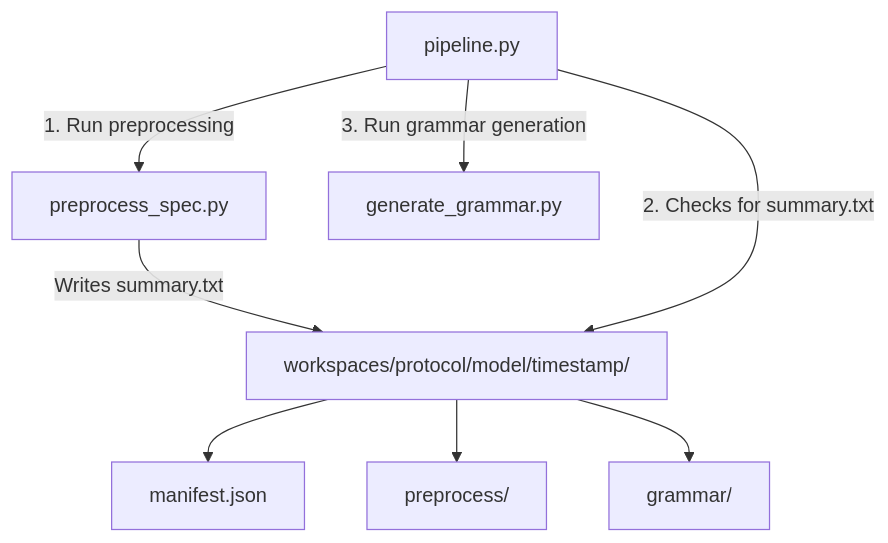
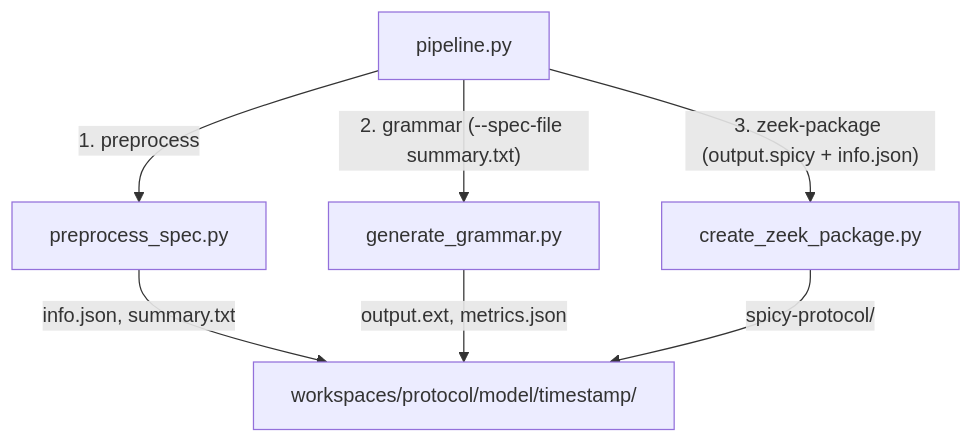
Before and after one commit to bautipeirone/SpicyGen: the diagram in docs/pipeline.md, drawn with Mermaid. The commit also changed other lines of this file and 8 other files, not shown here.

````diff
--- a/docs/pipeline.md
+++ b/docs/pipeline.md
@@ -126,11 +16,10 @@
 ```mermaid
 graph TD
-    P["pipeline.py"] -->|"1. Run preprocessing"| PS["preprocess_spec.py"]
-    PS -->|"Writes summary.txt"| WS
-    P -->|"2. Checks for summary.txt"| WS
-    P -->|"3. Run grammar generation"| GG["generate_grammar.py"]
+    P["pipeline.py"] -->|"1. preprocess"| PS["preprocess_spec.py"]
+    PS -->|"info.json, summary.txt"| WS
+    P -->|"2. grammar (--spec-file summary.txt)"| GG["generate_grammar.py"]
+    GG -->|"output.ext, metrics.json"| WS
+    P -->|"3. zeek-package (output.spicy + info.json)"| ZP["create_zeek_package.py"]
+    ZP -->|"spicy-protocol/"| WS
     WS["workspaces/protocol/model/timestamp/"]
-    WS --> M["manifest.json"]
-    WS --> PP["preprocess/"]
-    WS --> GR["grammar/"]
 ```
````
